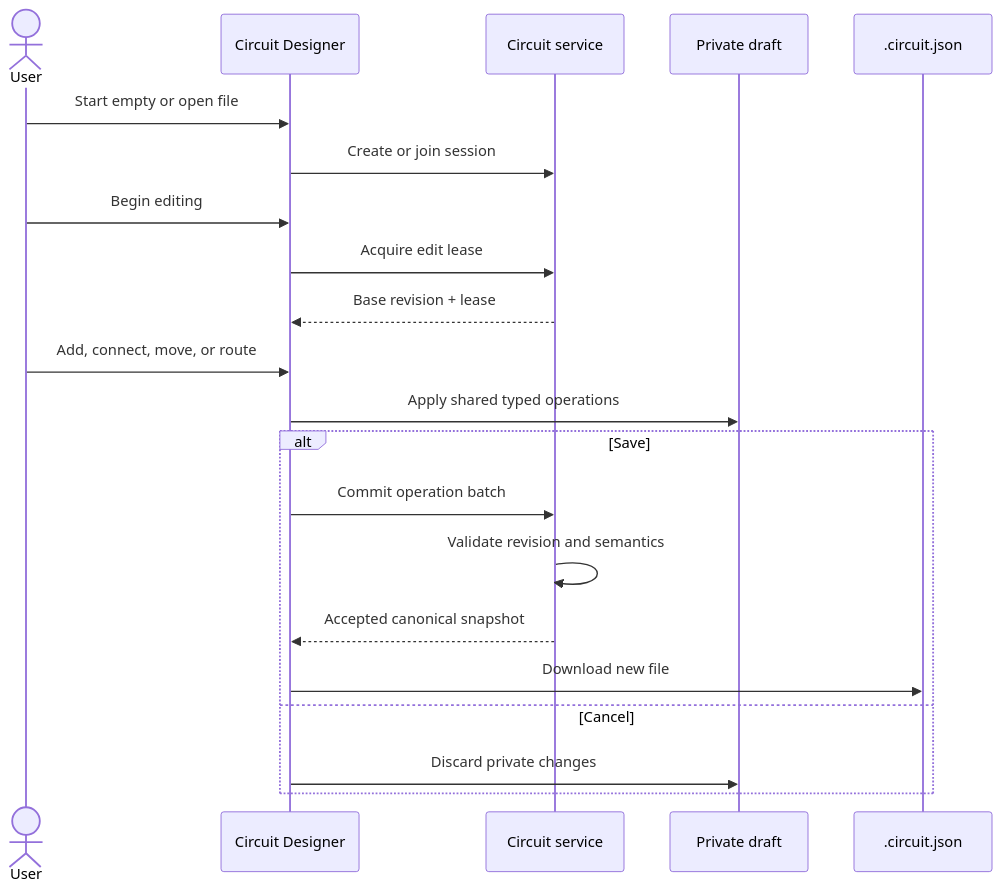
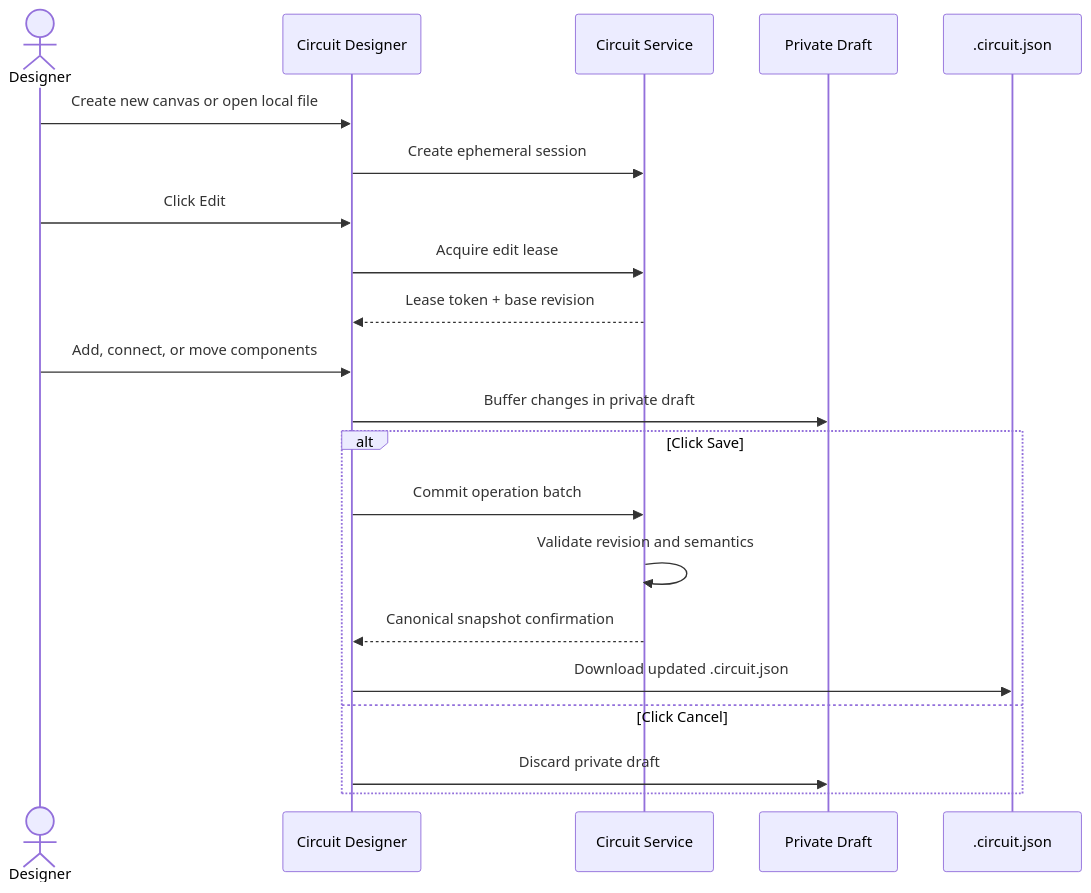
One commit to ankdesh/spec2gds changed the third of 5 diagrams in docs/flows.md. Above: the diagram before and after it, drawn with Mermaid. The commit also changed other lines of this file and 73 other files, not shown here.

````diff
--- a/docs/flows.md
+++ b/docs/flows.md
@@ -102,24 +98,24 @@
 ```mermaid
 sequenceDiagram
-    actor User
+    actor Designer
     participant UI as Circuit Designer
-    participant Service as Circuit service
-    participant Draft as Private draft
+    participant Service as Circuit Service
+    participant Draft as Private Draft
     participant File as .circuit.json
 
-    User->>UI: Start empty or open file
-    UI->>Service: Create or join session
-    User->>UI: Begin editing
+    Designer->>UI: Create new canvas or open local file
+    UI->>Service: Create ephemeral session
+    Designer->>UI: Click Edit
     UI->>Service: Acquire edit lease
-    Service-->>UI: Base revision + lease
-    User->>UI: Add, connect, move, or route
-    UI->>Draft: Apply shared typed operations
-    alt Save
+    Service-->>UI: Lease token + base revision
+    Designer->>UI: Add, connect, or move components
+    UI->>Draft: Buffer changes in private draft
+    alt Click Save
         UI->>Service: Commit operation batch
         Service->>Service: Validate revision and semantics
-        Service-->>UI: Accepted canonical snapshot
-        UI->>File: Download new file
-    else Cancel
-        UI->>Draft: Discard private changes
+        Service-->>UI: Canonical snapshot confirmation
+        UI->>File: Download updated .circuit.json
+    else Click Cancel
+        UI->>Draft: Discard private draft
     end
 ```
````
